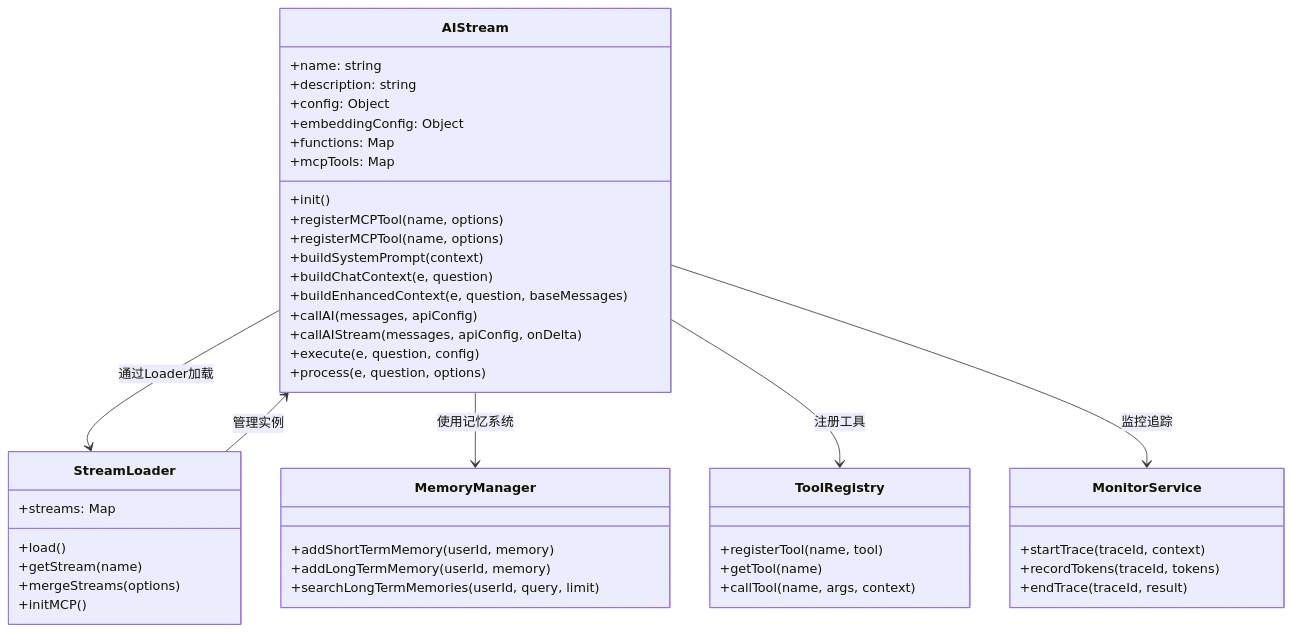
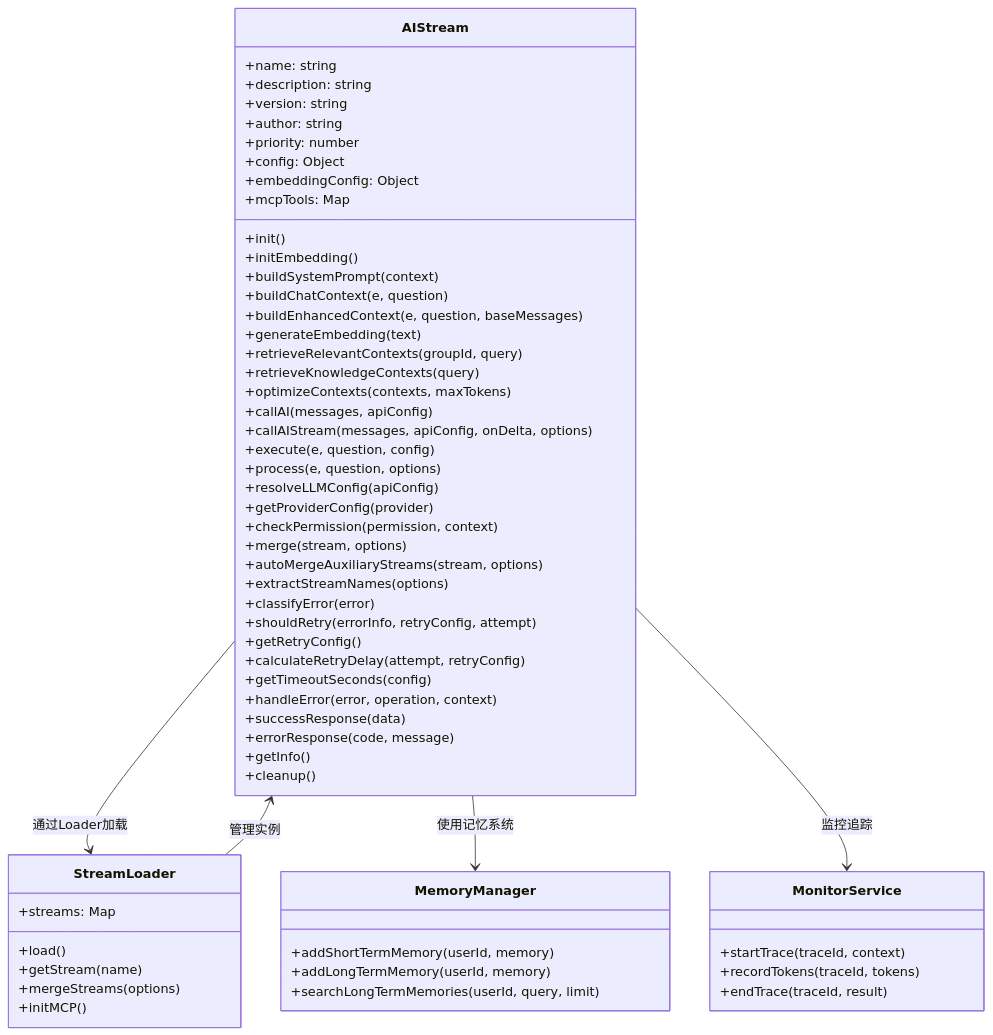
One commit to sunflowermm/XRK-AGT changed the third of 5 diagrams in docs/aistream.md. Above: the diagram before and after it, drawn with Mermaid. The commit also changed other lines of this file and 17 other files, not shown here.

````diff
--- a/docs/aistream.md
+++ b/docs/aistream.md
@@ -125,53 +125,68 @@
 ```mermaid
 classDiagram
     class AIStream {
         +name: string
         +description: string
+        +version: string
+        +author: string
+        +priority: number
         +config: Object
         +embeddingConfig: Object
-        +functions: Map
         +mcpTools: Map
         +init()
-        +registerMCPTool(name, options)
-        +registerMCPTool(name, options)
+        +initEmbedding()
         +buildSystemPrompt(context)
         +buildChatContext(e, question)
         +buildEnhancedContext(e, question, baseMessages)
+        +generateEmbedding(text)
+        +retrieveRelevantContexts(groupId, query)
+        +retrieveKnowledgeContexts(query)
+        +optimizeContexts(contexts, maxTokens)
         +callAI(messages, apiConfig)
-        +callAIStream(messages, apiConfig, onDelta)
+        +callAIStream(messages, apiConfig, onDelta, options)
         +execute(e, question, config)
         +process(e, question, options)
+        +resolveLLMConfig(apiConfig)
+        +getProviderConfig(provider)
+        +checkPermission(permission, context)
+        +merge(stream, options)
+        +autoMergeAuxiliaryStreams(stream, options)
+        +extractStreamNames(options)
+        +classifyError(error)
+        +shouldRetry(errorInfo, retryConfig, attempt)
+        +getRetryConfig()
+        +calculateRetryDelay(attempt, retryConfig)
+        +getTimeoutSeconds(config)
+        +handleError(error, operation, context)
+        +successResponse(data)
+        +errorResponse(code, message)
+        +getInfo()
+        +cleanup()
     }
     
     class StreamLoader {
         +streams: Map
         +load()
         +getStream(name)
         +mergeStreams(options)
         +initMCP()
     }
     
     class MemoryManager {
         +addShortTermMemory(userId, memory)
         +addLongTermMemory(userId, memory)
         +searchLongTermMemories(userId, query, limit)
     }
     
-    class ToolRegistry {
-        +registerTool(name, tool)
-        +getTool(name)
-        +callTool(name, args, context)
-    }
     
     class MonitorService {
         +startTrace(traceId, context)
         +recordTokens(traceId, tokens)
         +endTrace(traceId, result)
     }
     
     AIStream --> StreamLoader : 通过Loader加载
     AIStream --> MemoryManager : 使用记忆系统
-    AIStream --> ToolRegistry : 注册工具
     AIStream --> MonitorService : 监控追踪
     StreamLoader --> AIStream : 管理实例
 ```
````
